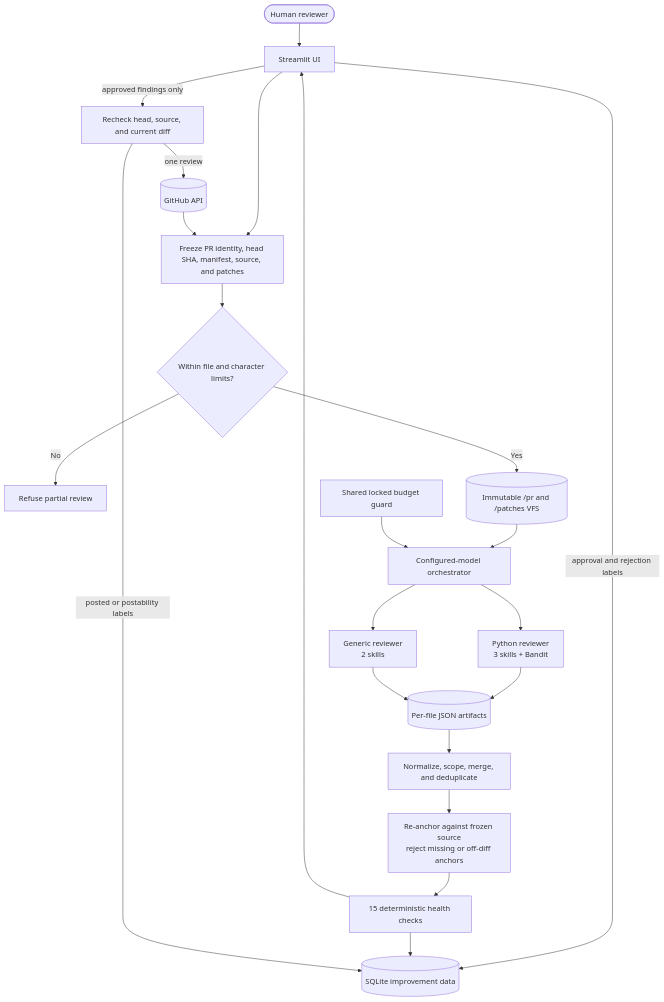
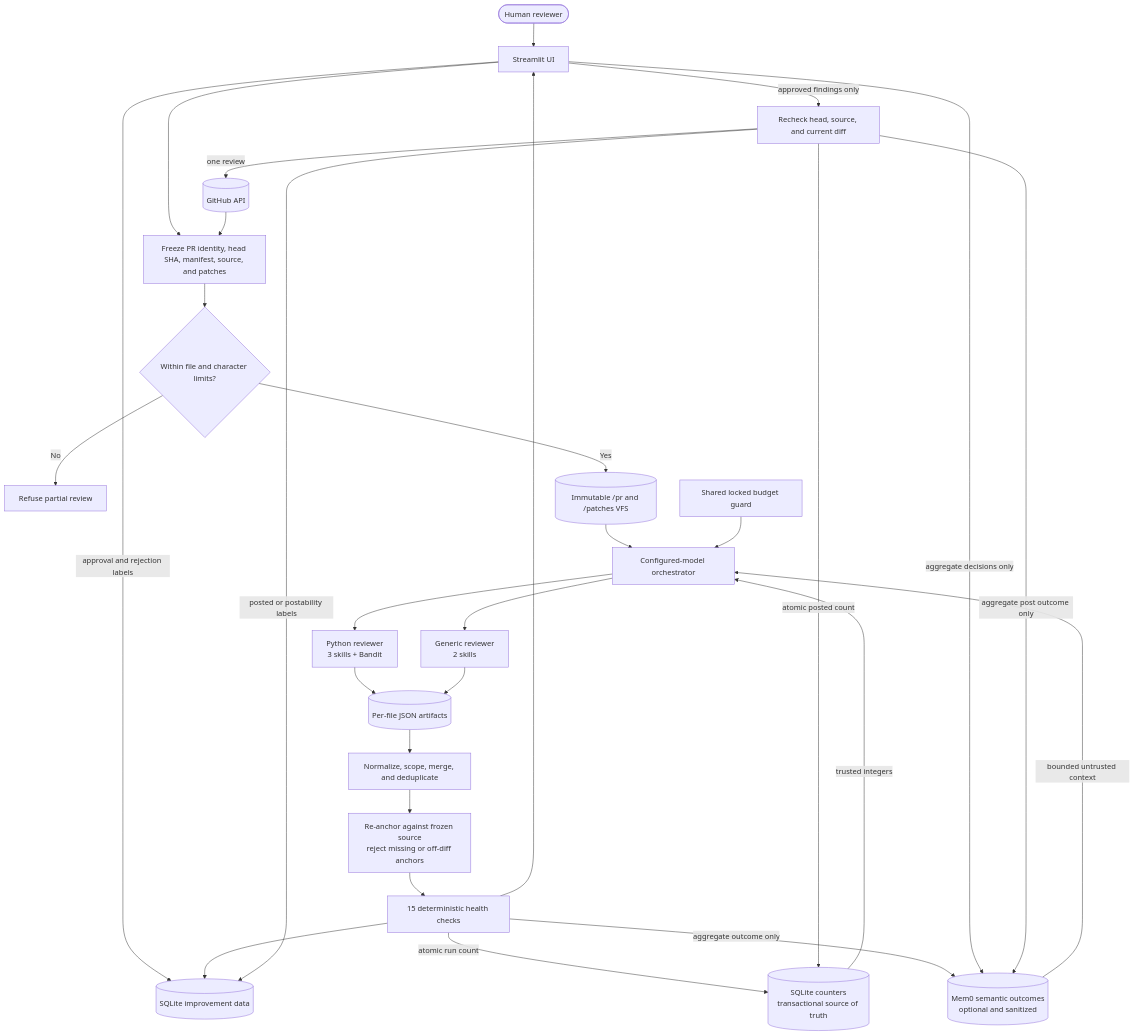
The diagram in README.md (chatkausik/Quorum-Code-Review-Deep-Agent), drawn with Mermaid before and after one commit. The commit also changed other lines of this file and 14 other files, not shown here.

Commit message:
feat: add privacy-safe Mem0 long-term memory

````diff
--- a/README.md
+++ b/README.md
@@ -24,26 +26,33 @@
 ```mermaid
 flowchart TD
     Human([Human reviewer]) --> UI[Streamlit UI]
     UI --> Loader[Freeze PR identity, head SHA, manifest, source, and patches]
     GitHub[(GitHub API)] --> Loader
     Loader --> Limits{Within file and character limits?}
     Limits -->|No| Refuse[Refuse partial review]
     Limits -->|Yes| VFS[(Immutable /pr and /patches VFS)]
 
+    Stats[(SQLite counters<br/>transactional source of truth)] -->|trusted integers| Orchestrator
+    Memory[(Mem0 semantic outcomes<br/>optional and sanitized)] -->|bounded untrusted context| Orchestrator
     VFS --> Orchestrator[Configured-model orchestrator]
     Budget[Shared locked budget guard] --> Orchestrator
     Orchestrator --> Python[Python reviewer<br/>3 skills + Bandit]
     Orchestrator --> Generic[Generic reviewer<br/>2 skills]
     Python --> Artifacts[(Per-file JSON artifacts)]
     Generic --> Artifacts
     Artifacts --> Normalize[Normalize, scope, merge, and deduplicate]
     Normalize --> Preapprove[Re-anchor against frozen source<br/>reject missing or off-diff anchors]
     Preapprove --> Health[15 deterministic health checks]
     Health --> UI
 
     UI -->|approval and rejection labels| Improve[(SQLite improvement data)]
     Health --> Improve
+    Health -->|atomic run count| Stats
+    Health -->|aggregate outcome only| Memory
+    UI -->|aggregate decisions only| Memory
     UI -->|approved findings only| Post[Recheck head, source, and current diff]
     Post -->|one review| GitHub
     Post -->|posted or postability labels| Improve
+    Post -->|atomic posted count| Stats
+    Post -->|aggregate post outcome only| Memory
 ```
````
